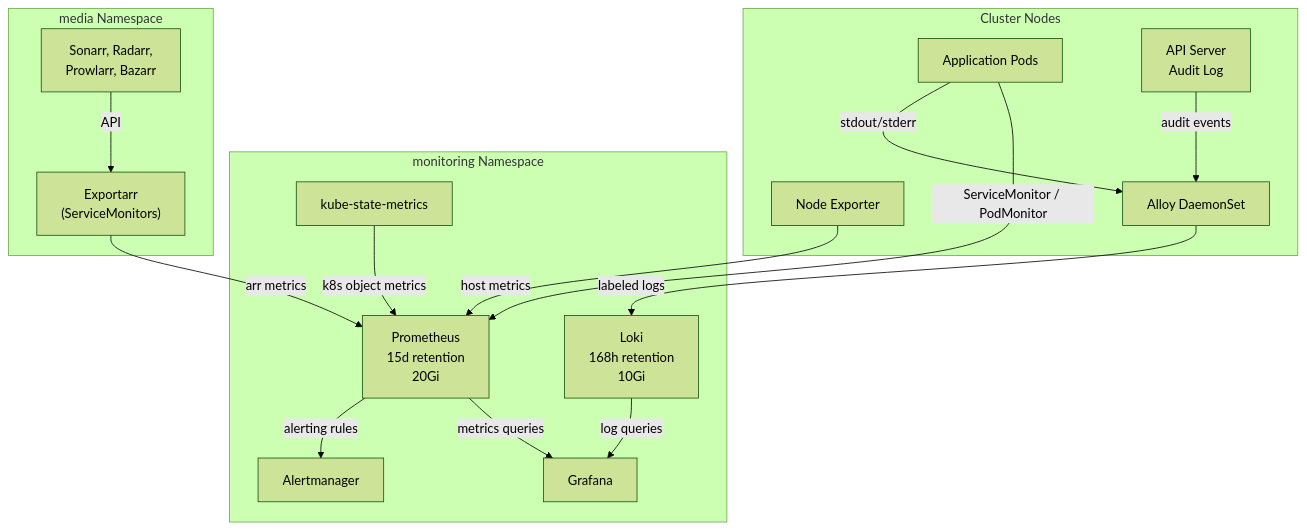
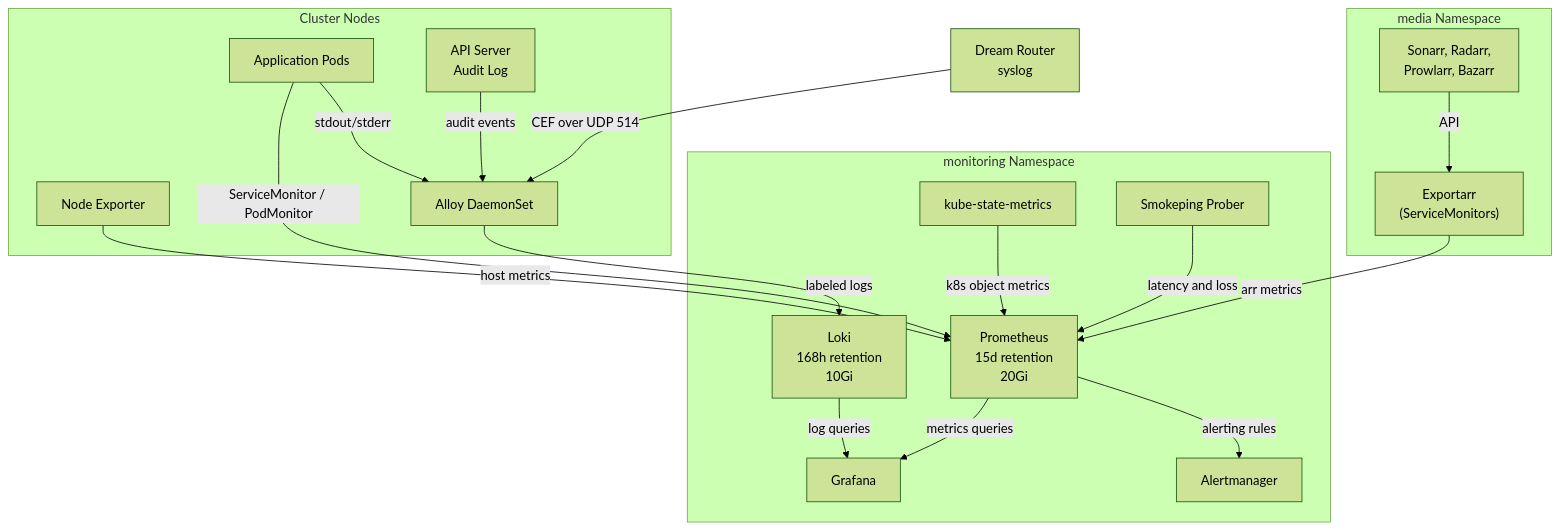
Before and after one commit to kyleseneker/homelab: the third of 3 diagrams in docs/architecture/monitoring.md, drawn with Mermaid (forest theme). The commit also changed other lines of this file and 22 other files, not shown here.

````diff
--- a/docs/architecture/monitoring.md
+++ b/docs/architecture/monitoring.md
@@ -242,35 +253,40 @@
 ```mermaid
 flowchart TD
     subgraph nodes["Cluster Nodes"]
         ne["Node Exporter"]
         alloyDs["Alloy DaemonSet"]
         appPods["Application Pods"]
         auditLog["API Server\nAudit Log"]
     end
 
+    router["Dream Router\nsyslog"]
+
     subgraph monitoring["monitoring Namespace"]
         prom["Prometheus\n15d retention\n20Gi"]
         loki["Loki\n168h retention\n10Gi"]
         grafana["Grafana"]
         am["Alertmanager"]
         ksm["kube-state-metrics"]
+        smokeping["Smokeping Prober"]
     end
 
     ne -->|"host metrics"| prom
     ksm -->|"k8s object metrics"| prom
     appPods -->|"ServiceMonitor / PodMonitor"| prom
     appPods -->|"stdout/stderr"| alloyDs
     auditLog -->|"audit events"| alloyDs
+    router -->|"CEF over UDP 514"| alloyDs
+    smokeping -->|"latency and loss"| prom
     alloyDs -->|"labeled logs"| loki
     prom -->|"metrics queries"| grafana
     loki -->|"log queries"| grafana
     prom -->|"alerting rules"| am
 
     subgraph media["media Namespace"]
         exportarr["Exportarr\n(ServiceMonitors)"]
         arrApps["Sonarr, Radarr,\nProwlarr, Bazarr"]
     end
 
     arrApps -->|"API"| exportarr
     exportarr -->|"arr metrics"| prom
 ```
````
